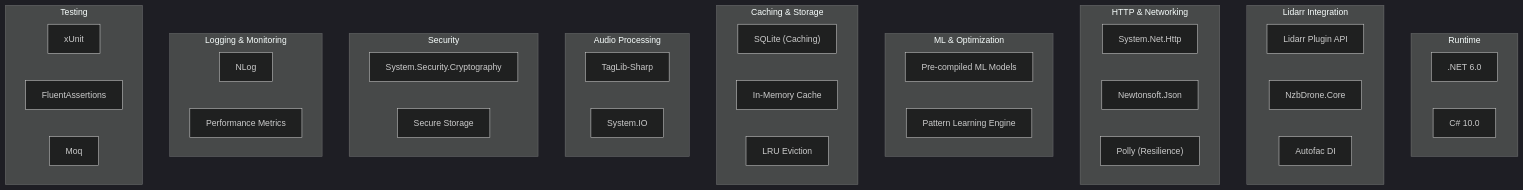
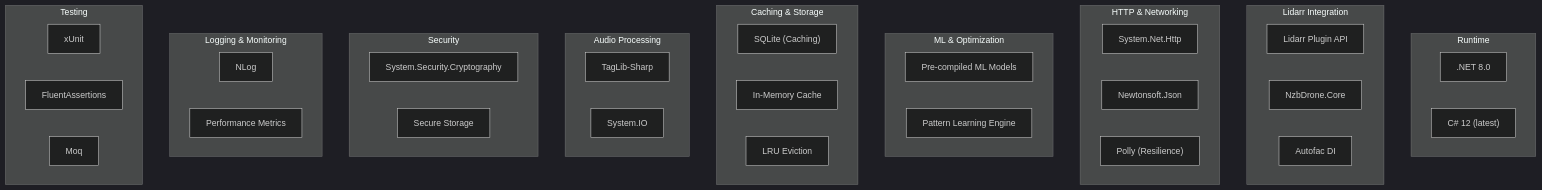
One commit to RicherTunes/Qobuzarr changed the eighth of 25 diagrams in docs/ARCHITECTURE.md. Above: the diagram before and after it, drawn with Mermaid (dark theme). The commit also changed other lines of this file and 108 other files, not shown here.

````diff
--- a/docs/ARCHITECTURE.md
+++ b/docs/ARCHITECTURE.md
@@ -363,51 +366,51 @@
 ```mermaid
 graph TB
     subgraph "Runtime"
-        NET6[".NET 6.0"]
-        CSharp["C# 10.0"]
+        NET8[".NET 8.0"]
+        CSharp["C# 12 (latest)"]
     end
     
     subgraph "Lidarr Integration"
         LidarrAPI["Lidarr Plugin API"]
         NzbDrone["NzbDrone.Core"]
         Autofac["Autofac DI"]
     end
     
     subgraph "HTTP & Networking"
         HttpClient["System.Net.Http"]
         Newtonsoft["Newtonsoft.Json"]
         Polly["Polly (Resilience)"]
     end
     
     subgraph "ML & Optimization"
         MLNet["Pre-compiled ML Models"]
         PatternEngine["Pattern Learning Engine"]
     end
     
     subgraph "Caching & Storage"
         SQLite["SQLite (Caching)"]
         MemoryCache["In-Memory Cache"]
         LRU["LRU Eviction"]
     end
     
     subgraph "Audio Processing"
         TagLibSharp["TagLib-Sharp"]
         FileIO["System.IO"]
     end
     
     subgraph "Security"
         Crypto["System.Security.Cryptography"]
         SecureString["Secure Storage"]
     end
     
     subgraph "Logging & Monitoring"
         NLog["NLog"]
         Metrics["Performance Metrics"]
     end
     
     subgraph "Testing"
         XUnit["xUnit"]
         FluentAssertions["FluentAssertions"]
         Moq["Moq"]
     end
 ```
````
